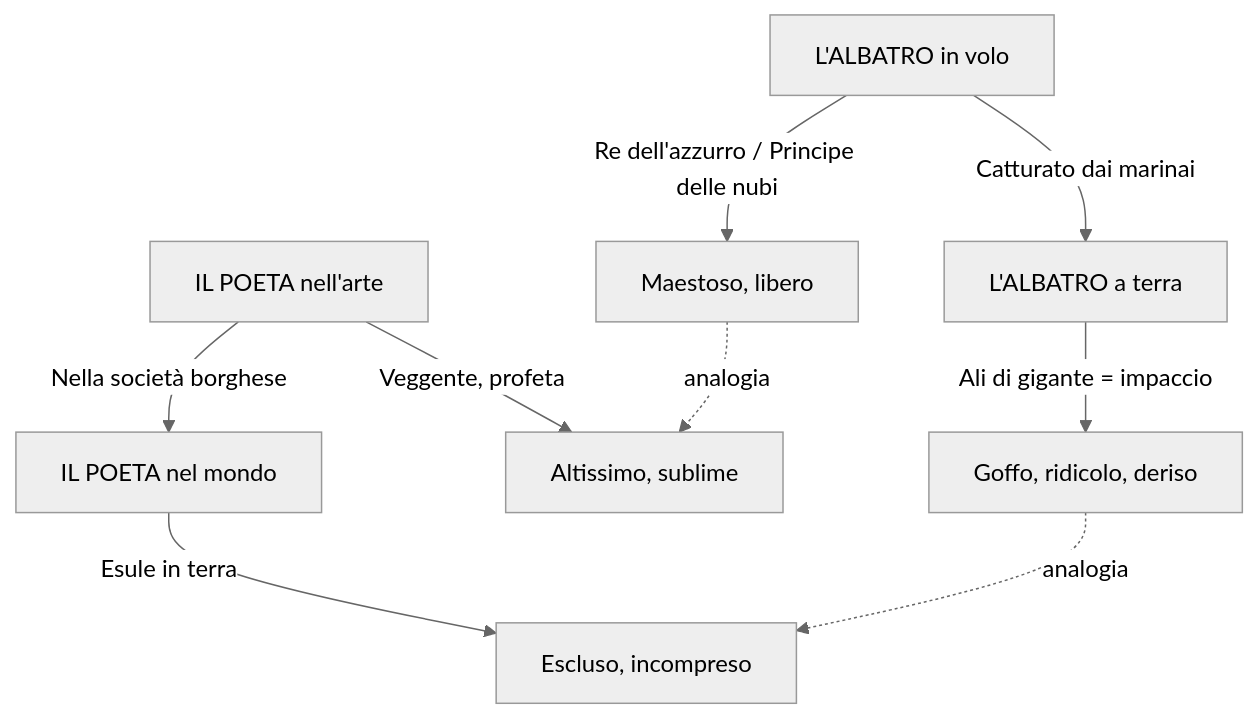
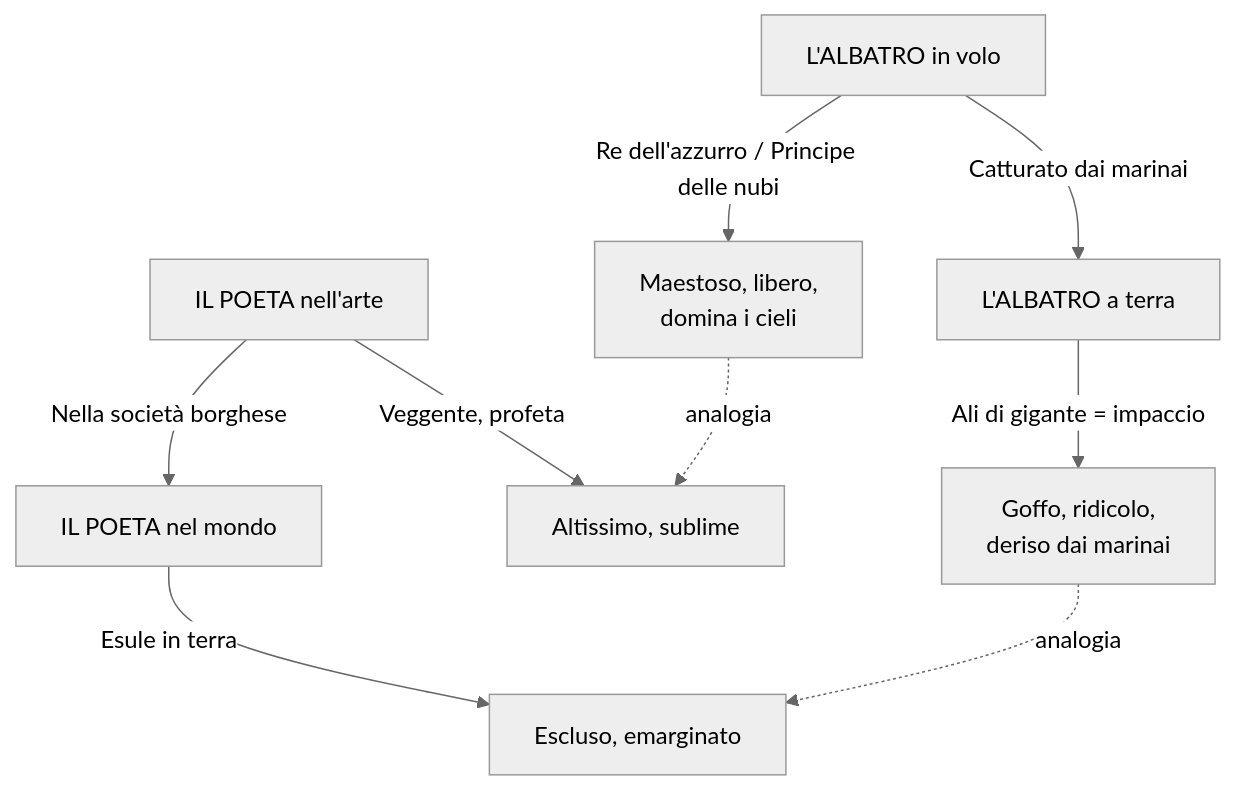
Before and after one commit to riccardo-algorime/appunti-5Bsa: the second of 3 diagrams in italiano/decadentismo-simbolismo/riassunto.md, drawn with Mermaid (neutral theme). The commit also changed other lines of this file and 7 other files, not shown here.

````diff
--- a/italiano/decadentismo-simbolismo/riassunto.md
+++ b/italiano/decadentismo-simbolismo/riassunto.md
@@ -118,11 +107,11 @@
 ```mermaid
 flowchart TD
-    A[L'ALBATRO in volo] -->|"Re dell'azzurro / Principe delle nubi"| B[Maestoso, libero]
+    A[L'ALBATRO in volo] -->|"Re dell'azzurro / Principe delle nubi"| B[Maestoso, libero,<br/>domina i cieli]
     A -->|Catturato dai marinai| C[L'ALBATRO a terra]
-    C -->|"Ali di gigante = impaccio"| D[Goffo, ridicolo, deriso]
+    C -->|"Ali di gigante = impaccio"| D[Goffo, ridicolo,<br/>deriso dai marinai]
     E[IL POETA nell'arte] -->|"Veggente, profeta"| F[Altissimo, sublime]
     E -->|Nella società borghese| G[IL POETA nel mondo]
-    G -->|"Esule in terra"| H[Escluso, incompreso]
+    G -->|"Esule in terra"| H[Escluso, emarginato]
     B -.->|analogia| F
     D -.->|analogia| H
 ```
````
